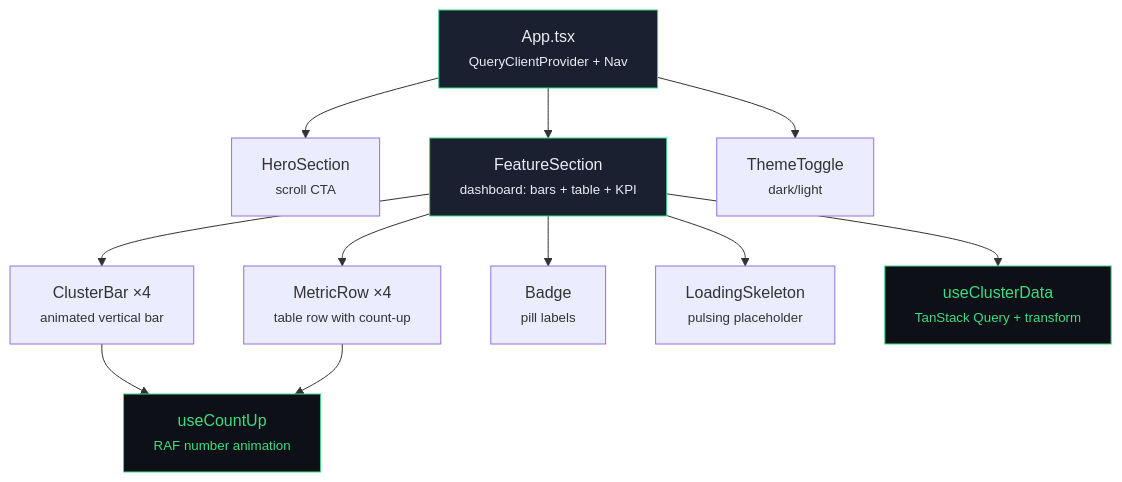
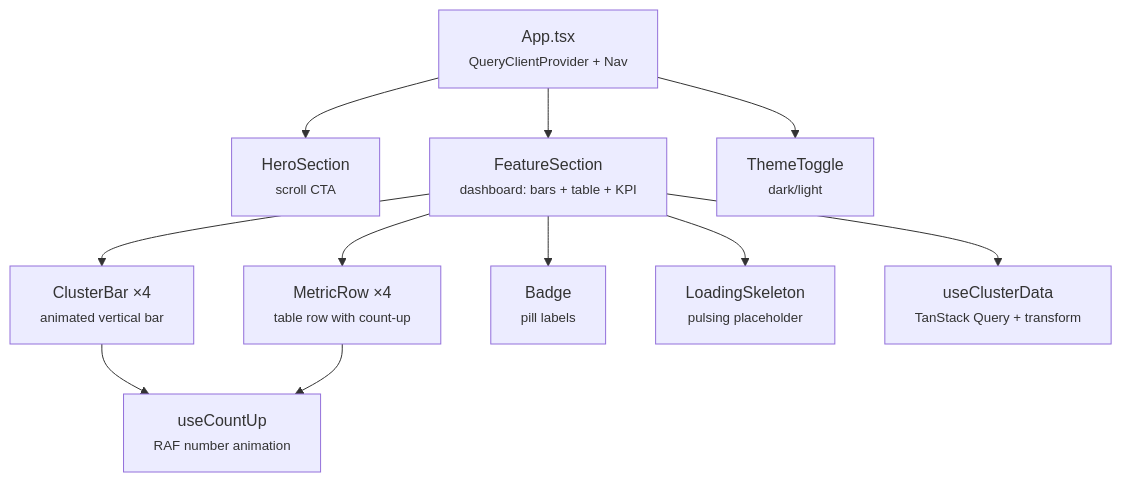
One commit to AJKakarot/atomity-challenge changed the second of 2 diagrams in README.md. Above: the diagram before and after it, drawn with Mermaid. The commit also changed other lines of this file, not shown here.

First line of the commit message:
docs: slim README — keep 2 diagrams, remove redundant file tree

````diff
--- a/README.md
+++ b/README.md
@@ -132,22 +132,17 @@
 ```mermaid
 graph TD
   App["App.tsx<br/><small>QueryClientProvider + Nav</small>"]
   App --> Hero["HeroSection<br/><small>scroll CTA</small>"]
   App --> Feature["FeatureSection<br/><small>dashboard: bars + table + KPI</small>"]
 
   Feature --> ClusterBar["ClusterBar ×4<br/><small>animated vertical bar</small>"]
   Feature --> MetricRow["MetricRow ×4<br/><small>table row with count-up</small>"]
   Feature --> Badge["Badge<br/><small>pill labels</small>"]
   Feature --> Skeleton["LoadingSkeleton<br/><small>pulsing placeholder</small>"]
 
   ClusterBar --> useCountUp["useCountUp<br/><small>RAF number animation</small>"]
   MetricRow --> useCountUp
   Feature --> useClusterData["useClusterData<br/><small>TanStack Query + transform</small>"]
 
   App --> ThemeToggle["ThemeToggle<br/><small>dark/light</small>"]
-
-  style App fill:#1a2030,color:#e8edf2,stroke:#3ddc84
-  style Feature fill:#1a2030,color:#e8edf2,stroke:#3ddc84
-  style useClusterData fill:#0d1117,color:#3ddc84,stroke:#3ddc84
-  style useCountUp fill:#0d1117,color:#3ddc84,stroke:#3ddc84
 ```
````
